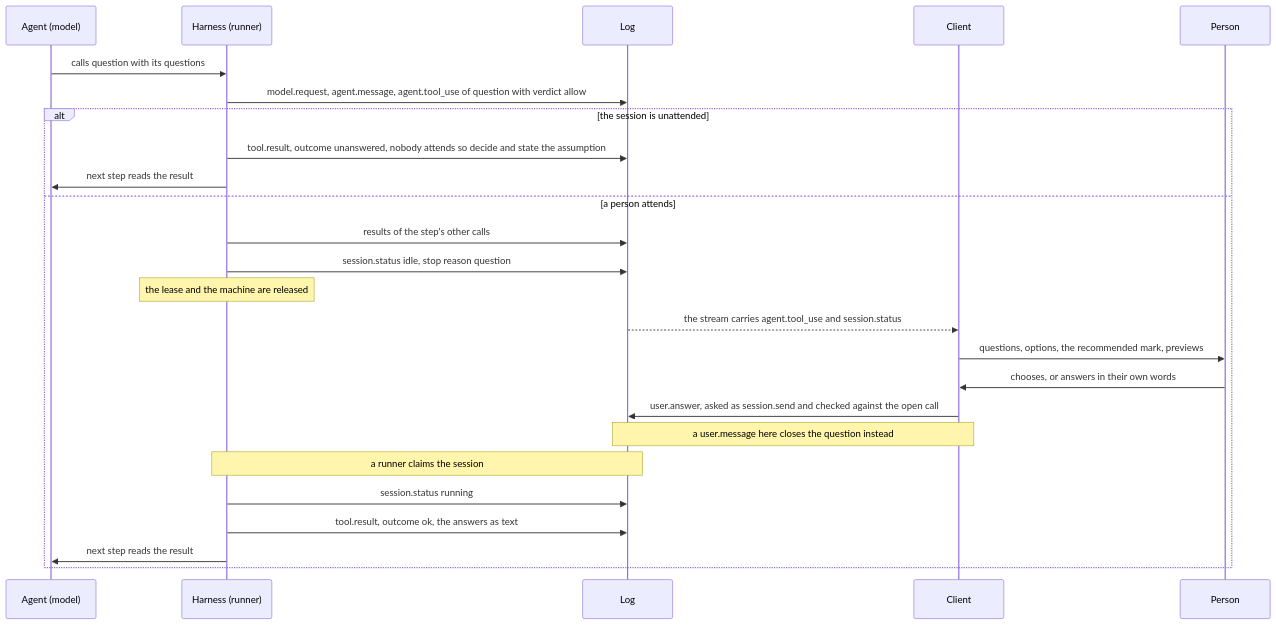
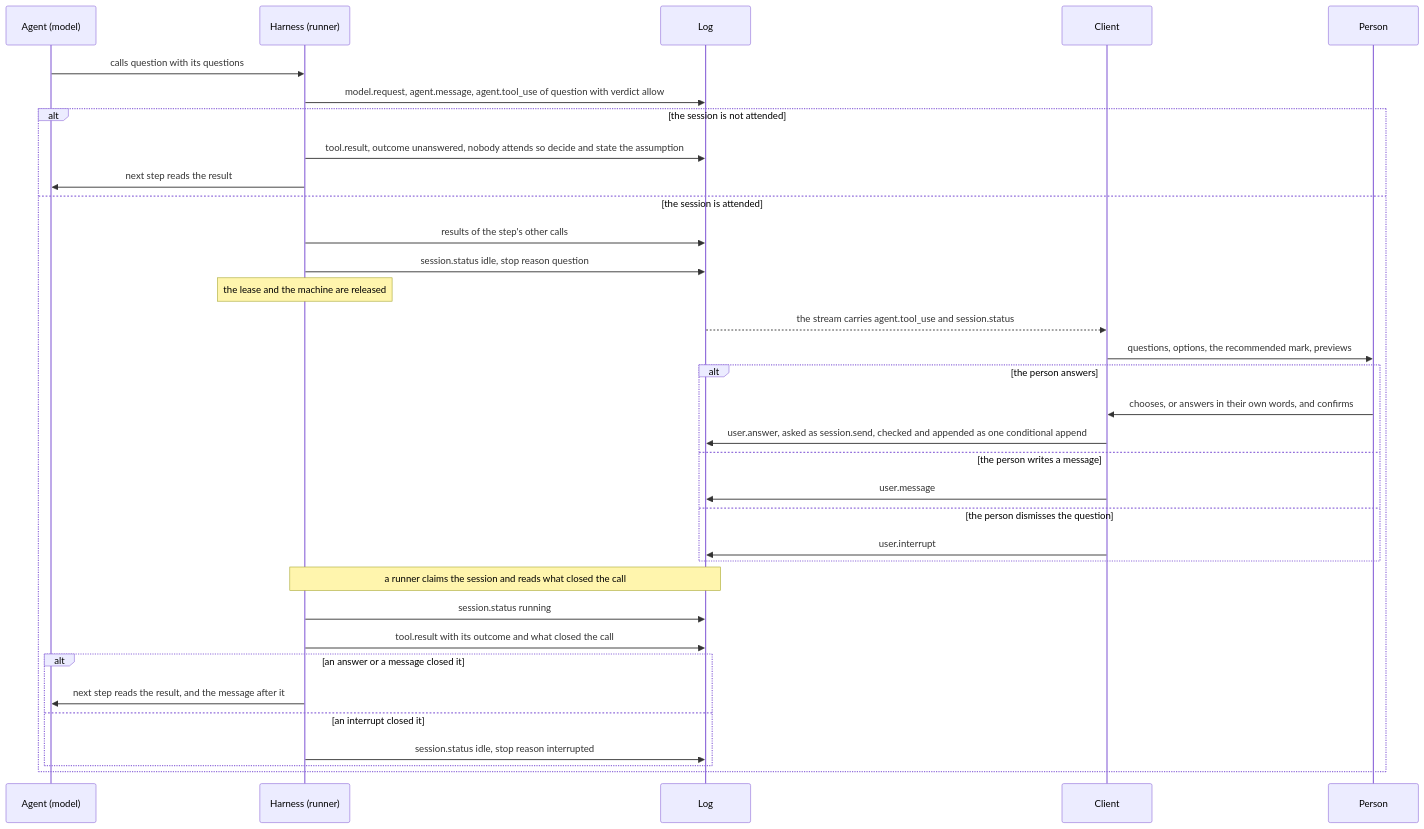
One commit to latere-ai/topos changed the diagram in specs/039-questions.md. Above: the diagram before and after it, drawn with Mermaid. The commit also changed other lines of this file and 1 other file, not shown here.

Commit message:
specs: revise 039 after review, a question is answered at once unless the session is attended, one rule says what closed it

````diff
--- a/specs/039-questions.md
+++ b/specs/039-questions.md
@@ -555,28 +662,37 @@
 ```mermaid
 sequenceDiagram
   participant A as Agent (model)
   participant H as Harness (runner)
   participant L as Log
   participant C as Client
   participant P as Person
 
   A->>H: calls question with its questions
   H->>L: model.request, agent.message, agent.tool_use of question with verdict allow
-  alt the session is unattended
+  alt the session is not attended
     H->>L: tool.result, outcome unanswered, nobody attends so decide and state the assumption
     H->>A: next step reads the result
-  else a person attends
+  else the session is attended
     H->>L: results of the step's other calls
     H->>L: session.status idle, stop reason question
     Note over H: the lease and the machine are released
     L-->>C: the stream carries agent.tool_use and session.status
     C->>P: questions, options, the recommended mark, previews
-    P->>C: chooses, or answers in their own words
-    C->>L: user.answer, asked as session.send and checked against the open call
-    Note over C,L: a user.message here closes the question instead
-    Note over H,L: a runner claims the session
+    alt the person answers
+      P->>C: chooses, or answers in their own words, and confirms
+      C->>L: user.answer, asked as session.send, checked and appended as one conditional append
+    else the person writes a message
+      C->>L: user.message
+    else the person dismisses the question
+      C->>L: user.interrupt
+    end
+    Note over H,L: a runner claims the session and reads what closed the call
     H->>L: session.status running
-    H->>L: tool.result, outcome ok, the answers as text
-    H->>A: next step reads the result
+    H->>L: tool.result with its outcome and what closed the call
+    alt an answer or a message closed it
+      H->>A: next step reads the result, and the message after it
+    else an interrupt closed it
+      H->>L: session.status idle, stop reason interrupted
+    end
   end
 ```
````
